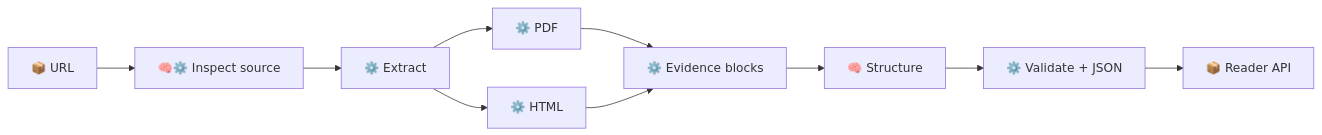
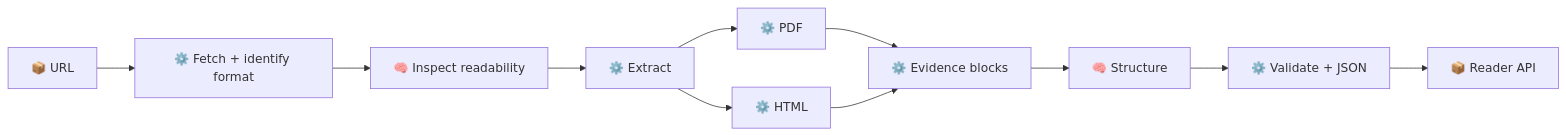
Before and after one commit to mukesh1811/paper: the diagram in api/URL2JSON_IMPLEMENTATION_PLAN.md, drawn with Mermaid. The commit also changed other lines of this file and 5 other files, not shown here.

````diff
--- a/api/URL2JSON_IMPLEMENTATION_PLAN.md
+++ b/api/URL2JSON_IMPLEMENTATION_PLAN.md
@@ -20,12 +21,13 @@
 ```mermaid
 flowchart LR
-    A[📦 URL] --> B[🧠⚙️ Inspect source]
-    B --> D[⚙️ Extract]
+    A[📦 URL] --> B[⚙️ Fetch + identify format]
+    B --> I[🧠 Inspect readability]
+    I --> D[⚙️ Extract]
     D --> P[⚙️ PDF]
     D --> H[⚙️ HTML]
     P --> E[⚙️ Evidence blocks]
     H --> E
     E --> S[🧠 Structure]
     S --> V[⚙️ Validate + JSON]
     V --> R[📦 Reader API]
 ```
````
